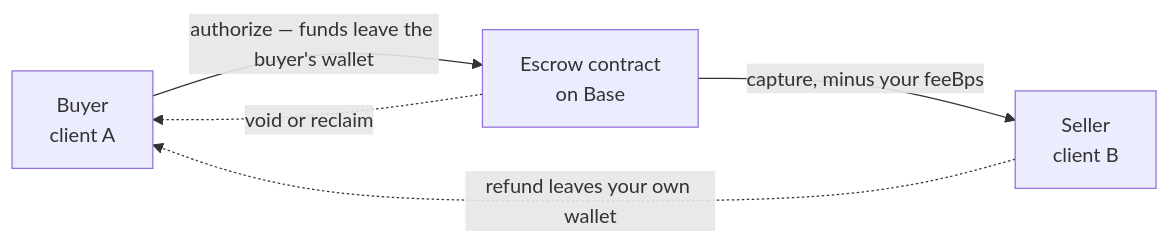
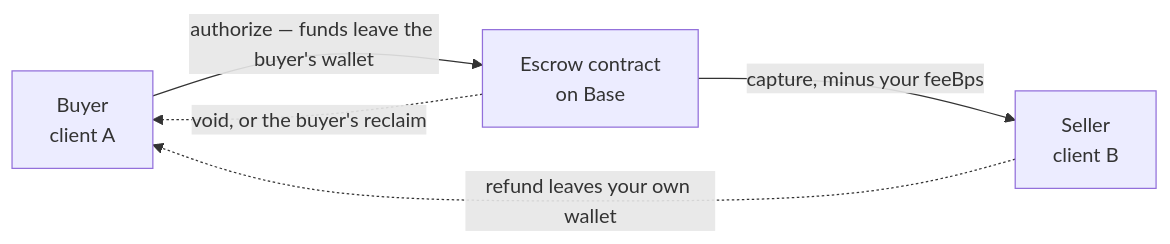
The second of 2 diagrams in whitelabel/use-cases.mdx (hevn-inc/docs), drawn with Mermaid before and after one commit. The commit also changed other lines of this file and 29 other files, not shown here.

````diff
--- a/whitelabel/use-cases.mdx
+++ b/whitelabel/use-cases.mdx
@@ -39,7 +46,7 @@
 ```mermaid
 flowchart LR
     B["Buyer<br/>client A"] -->|"authorize — funds leave the buyer's wallet"| E["Escrow contract<br/>on Base"]
     E -->|"capture, minus your feeBps"| S["Seller<br/>client B"]
-    E -.->|"void or reclaim"| B
+    E -.->|"void, or the buyer's reclaim"| B
     S -.->|"refund leaves your own wallet"| B
 ```
````
